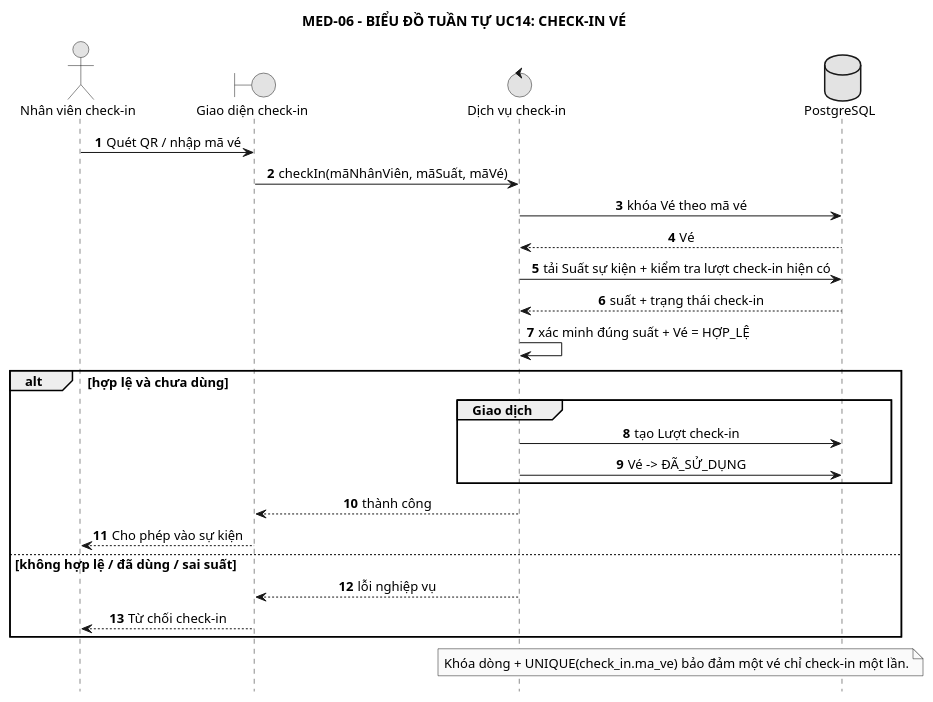
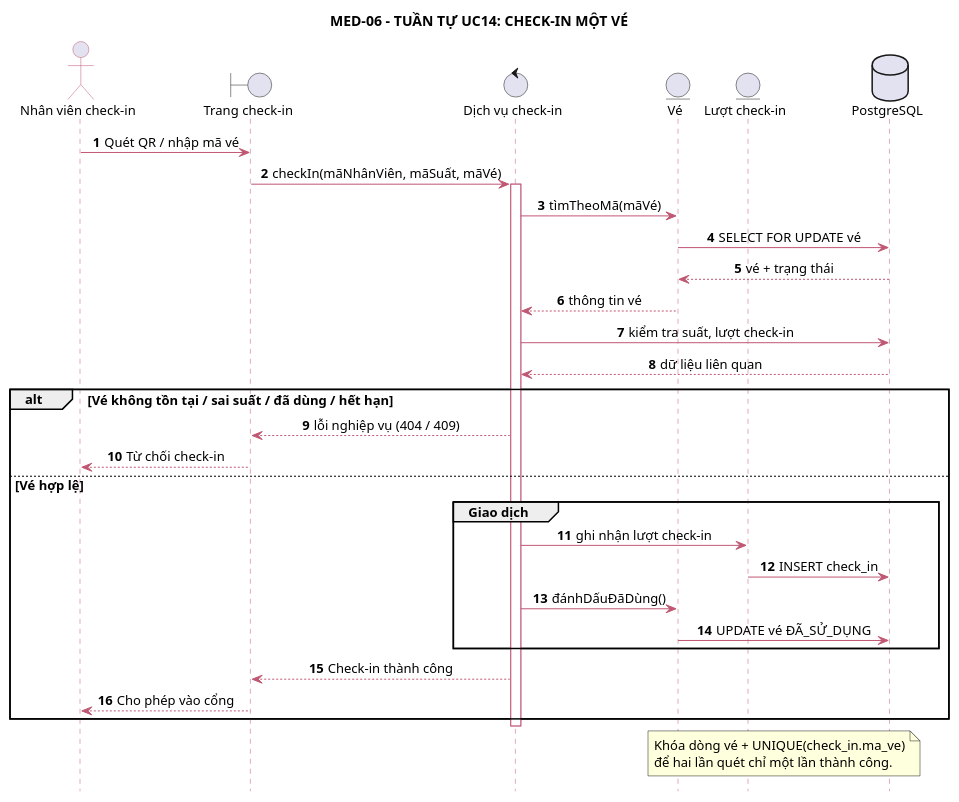
Before and after one commit to anh632k-ui/OOP-DoAn: the diagram in PTTK/05_Sequence/04-uc14-check-in.puml, drawn with PlantUML. The commit also changed 4 other files, not shown here.

Commit message:
fix(pttk): 5 Sequence theo Actor Boundary Control Entity, phân nhánh lỗi và giao dịch

```diff
--- a/PTTK/05_Sequence/04-uc14-check-in.puml
+++ b/PTTK/05_Sequence/04-uc14-check-in.puml
@@ -1,35 +1,51 @@
 @startuml
-skinparam monochrome true
+skinparam backgroundColor white
 skinparam shadowing false
+skinparam defaultFontName Arial
 skinparam defaultFontSize 13
 skinparam sequenceMessageAlign center
 skinparam responseMessageBelowArrow true
+skinparam sequence {
+  ArrowColor #C05773
+  LifeLineBorderColor #C05773
+  ParticipantBackgroundColor #FFF8CE
+  ParticipantBorderColor #C05773
+  ActorBorderColor #C05773
+}
 hide footbox
-title MED-06 - BIỂU ĐỒ TUẦN TỰ UC14: CHECK-IN VÉ
-actor "Nhân viên check-in" as NV
-boundary "Giao diện check-in" as UI
+autonumber
+title MED-06 - TUẦN TỰ UC14: CHECK-IN MỘT VÉ
+actor "Nhân viên check-in" as A
+boundary "Trang check-in" as UI
 control "Dịch vụ check-in" as CI
-database "PostgreSQL" as CSDL
-autonumber
-NV -> UI : Quét QR / nhập mã vé
+entity "Vé" as VE
+entity "Lượt check-in" as LK
+database "PostgreSQL" as DB
+A -> UI : Quét QR / nhập mã vé
 UI -> CI : checkIn(mãNhânViên, mãSuất, mãVé)
-CI -> CSDL : khóa Vé theo mã vé
-CSDL --> CI : Vé
-CI -> CSDL : tải Suất sự kiện + kiểm tra lượt check-in hiện có
-CSDL --> CI : suất + trạng thái check-in
-CI -> CI : xác minh đúng suất + Vé = HỢP_LỆ
-alt hợp lệ và chưa dùng
+activate CI
+CI -> VE : tìmTheoMã(mãVé)
+VE -> DB : SELECT FOR UPDATE vé
+DB --> VE : vé + trạng thái
+VE --> CI : thông tin vé
+CI -> DB : kiểm tra suất, lượt check-in
+DB --> CI : dữ liệu liên quan
+alt Vé không tồn tại / sai suất / đã dùng / hết hạn
+  CI --> UI : lỗi nghiệp vụ (404 / 409)
+  UI --> A : Từ chối check-in
+else Vé hợp lệ
   group Giao dịch
-    CI -> CSDL : tạo Lượt check-in
-    CI -> CSDL : Vé -> ĐÃ_SỬ_DỤNG
+    CI -> LK : ghi nhận lượt check-in
+    LK -> DB : INSERT check_in
+    CI -> VE : đánhDấuĐãDùng()
+    VE -> DB : UPDATE vé ĐÃ_SỬ_DỤNG
   end
-  CI --> UI : thành công
-  UI --> NV : Cho phép vào sự kiện
-else không hợp lệ / đã dùng / sai suất
-  CI --> UI : lỗi nghiệp vụ
-  UI --> NV : Từ chối check-in
+  CI --> UI : Check-in thành công
+  UI --> A : Cho phép vào cổng
 end
-note over CI,CSDL
-Khóa dòng + UNIQUE(check_in.ma_ve) bảo đảm một vé chỉ check-in một lần.
+deactivate CI
+note over VE,DB
+Khóa dòng vé + UNIQUE(check_in.ma_ve)
+để hai lần quét chỉ một lần thành công.
 end note
 @enduml
```
